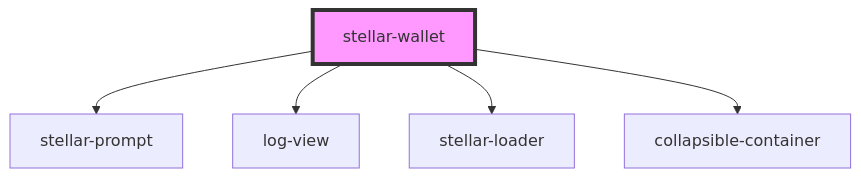
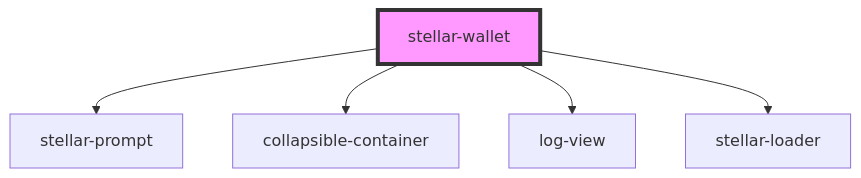
The diagram in src/components/wallet/readme.md (stellar/stellar-demo-wallet), drawn with Mermaid before and after one commit. The commit also changed other lines of this file and 2 other files, not shown here.

````diff
--- a/src/components/wallet/readme.md
+++ b/src/components/wallet/readme.md
@@ -25,8 +25,8 @@
 ```mermaid
 graph TD;
   stellar-wallet --> stellar-prompt
+  stellar-wallet --> collapsible-container
   stellar-wallet --> log-view
   stellar-wallet --> stellar-loader
-  stellar-wallet --> collapsible-container
   style stellar-wallet fill:#f9f,stroke:#333,stroke-width:4px
 ```
````
